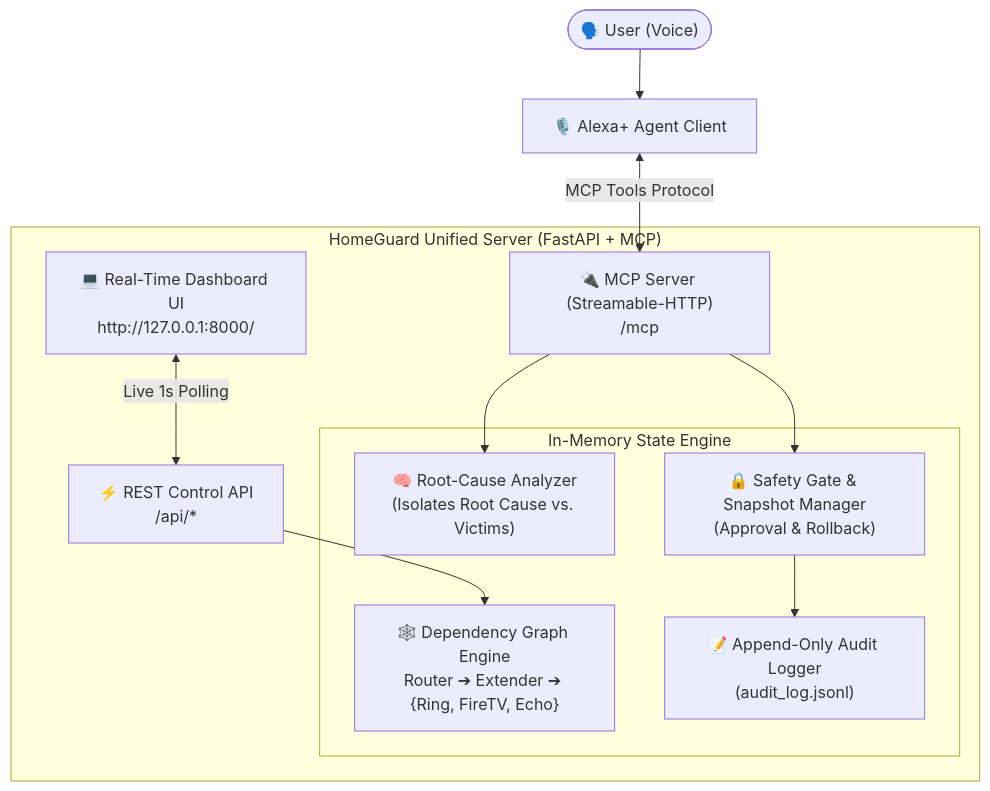
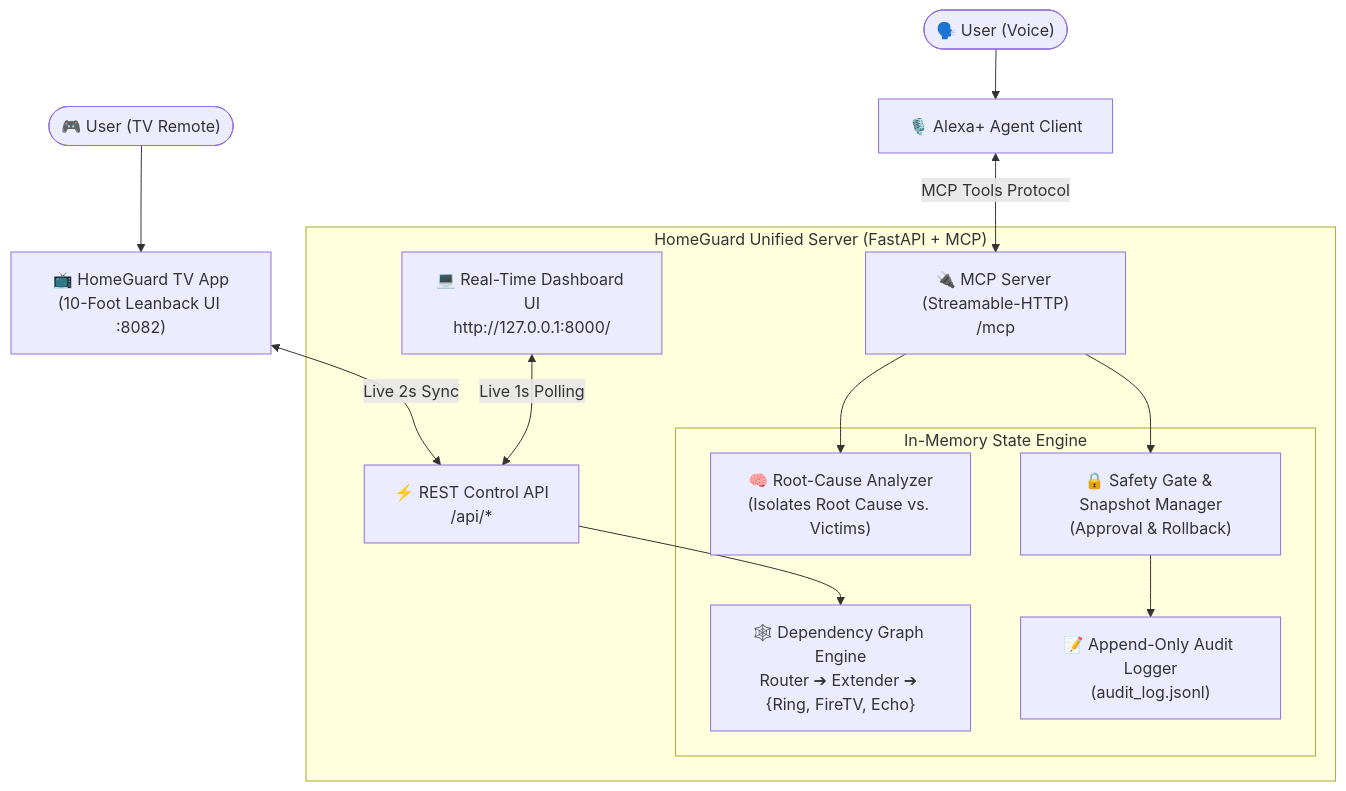
Before and after one commit to Anushka157-cha/Amazon-Hackthon: the diagram in README.md, drawn with Mermaid. The commit also changed other lines of this file and 21 other files, not shown here.

Commit message:
feat(tv-app): implement HomeGuard TV 10-foot app, dual-channel demo script, and documentation

````diff
--- a/README.md
+++ b/README.md
@@ -61,24 +61,26 @@
 ```mermaid
 graph TD
     User(["🗣️ User (Voice)"]) --> Alexa["🎙️ Alexa+ Agent Client"]
+    UserTV(["🎮 User (TV Remote)"]) --> TVApp["📺 HomeGuard TV App\n(10-Foot Leanback UI :8082)"]
     
     subgraph "HomeGuard Unified Server (FastAPI + MCP)"
         MCP["🔌 MCP Server (Streamable-HTTP)\n/mcp"]
         API["⚡ REST Control API\n/api/*"]
         WebUI["💻 Real-Time Dashboard UI\nhttp://127.0.0.1:8000/"]
         
         subgraph "In-Memory State Engine"
             Graph["🕸️ Dependency Graph Engine\nRouter ➔ Extender ➔ {Ring, FireTV, Echo}"]
             RCA["🧠 Root-Cause Analyzer\n(Isolates Root Cause vs. Victims)"]
             Safety["🔒 Safety Gate & Snapshot Manager\n(Approval & Rollback)"]
             Audit["📝 Append-Only Audit Logger\n(audit_log.jsonl)"]
         end
     end
 
     Alexa <-->|MCP Tools Protocol| MCP
+    TVApp <-->|Live 2s Sync| API
     WebUI <-->|Live 1s Polling| API
     MCP --> RCA
     MCP --> Safety
     API --> Graph
     Safety --> Audit
 ```
````
